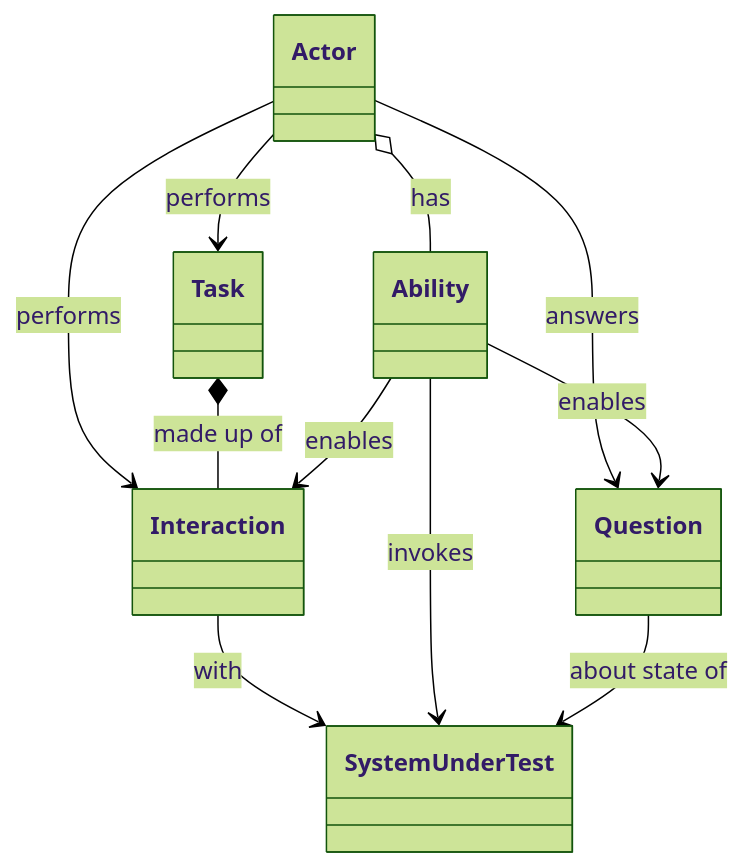
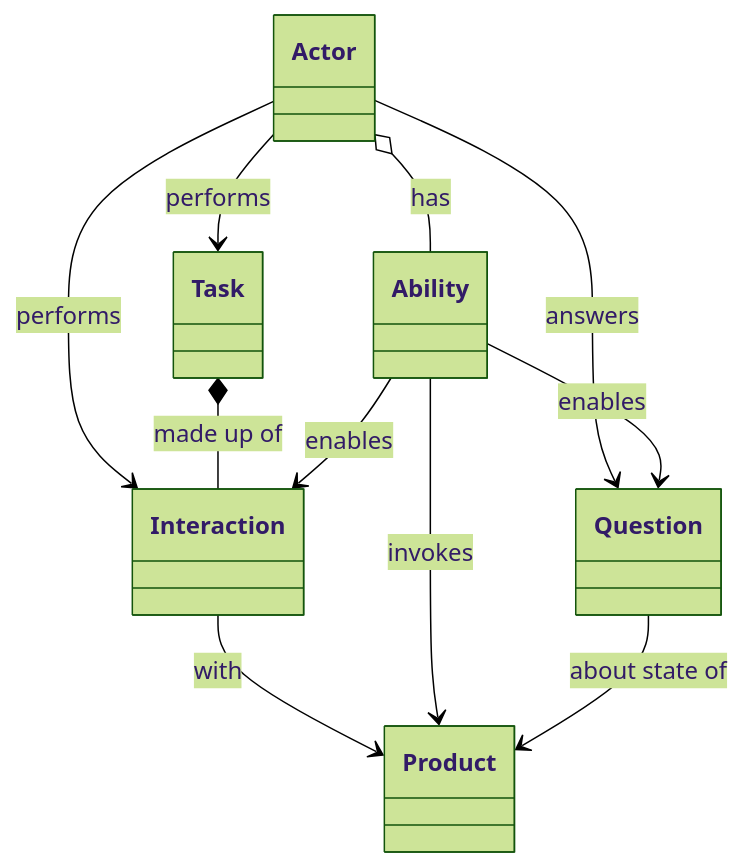
The diagram in README.md (svetzal/visualizer), drawn with Mermaid (forest theme) before and after one commit. The commit also changed other lines of this file, not shown here.

Commit message:
Update README to reflect product/experience-centric direction

````diff
--- a/README.md
+++ b/README.md
@@ -13,23 +13,23 @@
 ```mermaid
 classDiagram
     class Actor
     class Task
     class Interaction
     class Ability
     class Question
-    class SystemUnderTest
+    class Product
 
     Actor --> Task : performs
     Actor --> Interaction : performs
     Actor o-- Ability : has
     Actor --> Question : answers
 
     Task *-- Interaction : made up of
 
     Ability --> Interaction : enables
     Ability --> Question : enables
 
-    Interaction --> SystemUnderTest : with
-    Ability --> SystemUnderTest : invokes
-    Question --> SystemUnderTest : about state of
+    Interaction --> Product : with
+    Ability --> Product : invokes
+    Question --> Product : about state of
 ```
````
